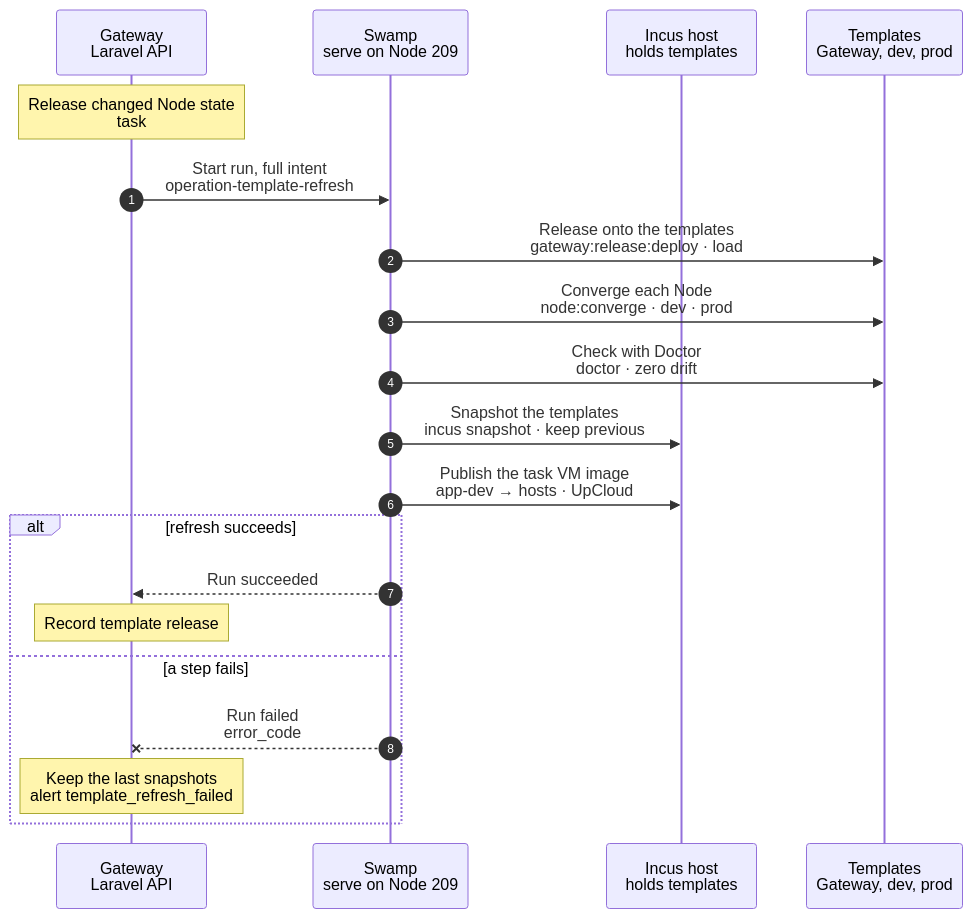
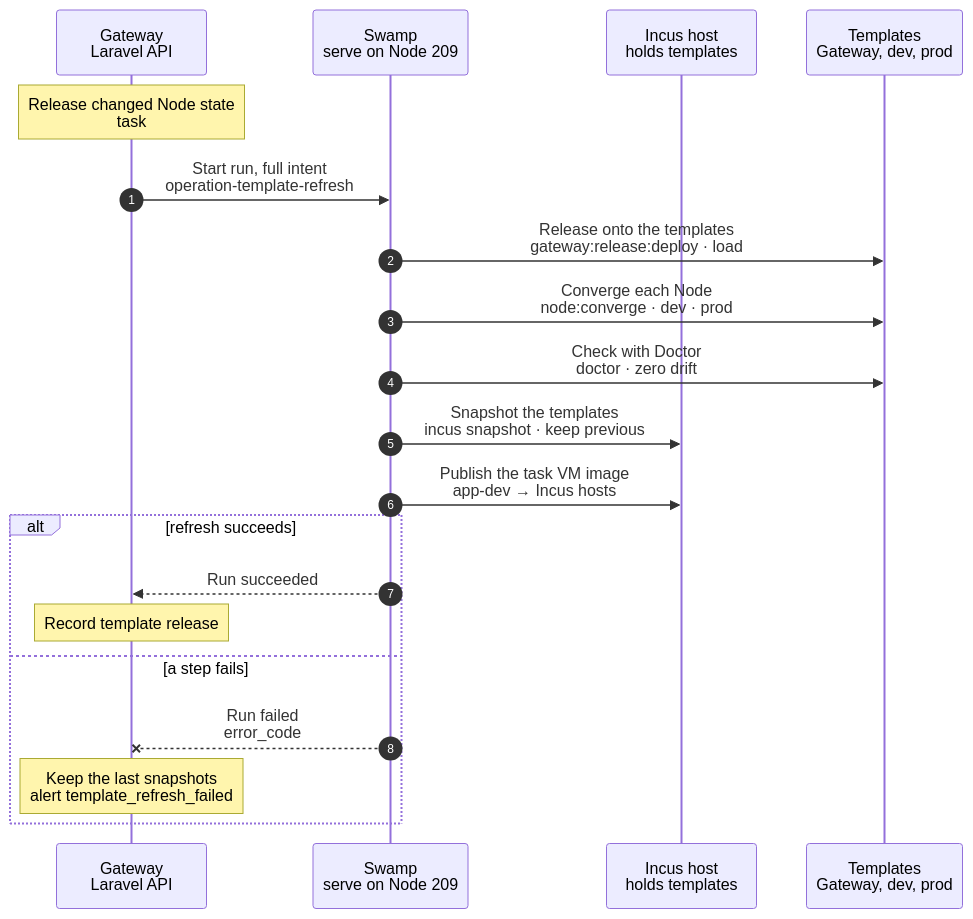
One commit to hardimpactdev/orbit changed the diagram in docs/cli/template/refresh.mmd. Above: the diagram before and after it, drawn with Mermaid. The commit also changed 30 other files, not shown here.

Commit message:
docs: retire UpCloud task VM support

```diff
--- a/docs/cli/template/refresh.mmd
+++ b/docs/cli/template/refresh.mmd
@@ -1,40 +1,40 @@
 sequenceDiagram
   %% Target design: fleet maintenance redesign 2026-11-04, topology templates plan points 1 and 2. Replaces the task VM image build.
   %% status: draft
   %% command: none · after a release that changes Node state
   %% kind: template.refresh
   autonumber
   %% lane GW icon=gateway pill=intent tone=blue
   %% lane SW icon=workflow pill=executes tone=green
   %% lane I icon=server pill=target tone=amber
   %% lane T icon=server pill=target tone=purple
   participant GW as Gateway<br/>Laravel API
   participant SW as Swamp<br/>serve on Node 209
   participant I as Incus host<br/>holds templates
   participant T as Templates<br/>Gateway, dev, prod
   Note over GW: Release changed Node state<br/>task #5210
   %%> When:
   %%> - the release run ended verified, and its commit changed workflows, playbooks, role definitions, `recipe.json` or the release itself
   %%> - off the merge path: one refresh at a time; a newer release replaces a waiting one, so skipped commits never run
   GW->>SW: Start run, full intent<br/>operation-template-refresh
   SW->>T: Release onto the templates<br/>gateway:release:deploy · load
   SW->>T: Converge each Node<br/>node:converge · dev · prod
   %%> Why the normal commands:
   %%> - the templates get the release the same way the fleet does, so a refresh also tests the rollout path
   SW->>T: Check with Doctor<br/>doctor · zero drift
   SW->>I: Snapshot the templates<br/>incus snapshot · keep previous
   %%> Why only now:
   %%> - a failed refresh leaves the last good snapshots in place; clones and task VMs keep using them
-  SW->>I: Publish the task VM image<br/>app-dev → hosts · UpCloud
+  SW->>I: Publish the task VM image<br/>app-dev → Incus hosts
   %%> Why:
   %%> - task VMs boot from the app-dev template; there is no separate image build
-  %%> - one template set lives on one Incus host; the other hosts and UpCloud get a copy of the image, a few minutes later
+  %%> - one template set lives on one Incus host; the other hosts get a copy of the image, a few minutes later
   alt refresh succeeds
     SW-->>GW: Run succeeded
     Note over GW: Record template release
   else a step fails
     SW--xGW: Run failed<br/>error_code
     Note over GW: Keep the last snapshots<br/>alert template_refresh_failed
     %%> Retry:
     %%> - the next release refreshes again; the nightly build reports the cause
   end
```
